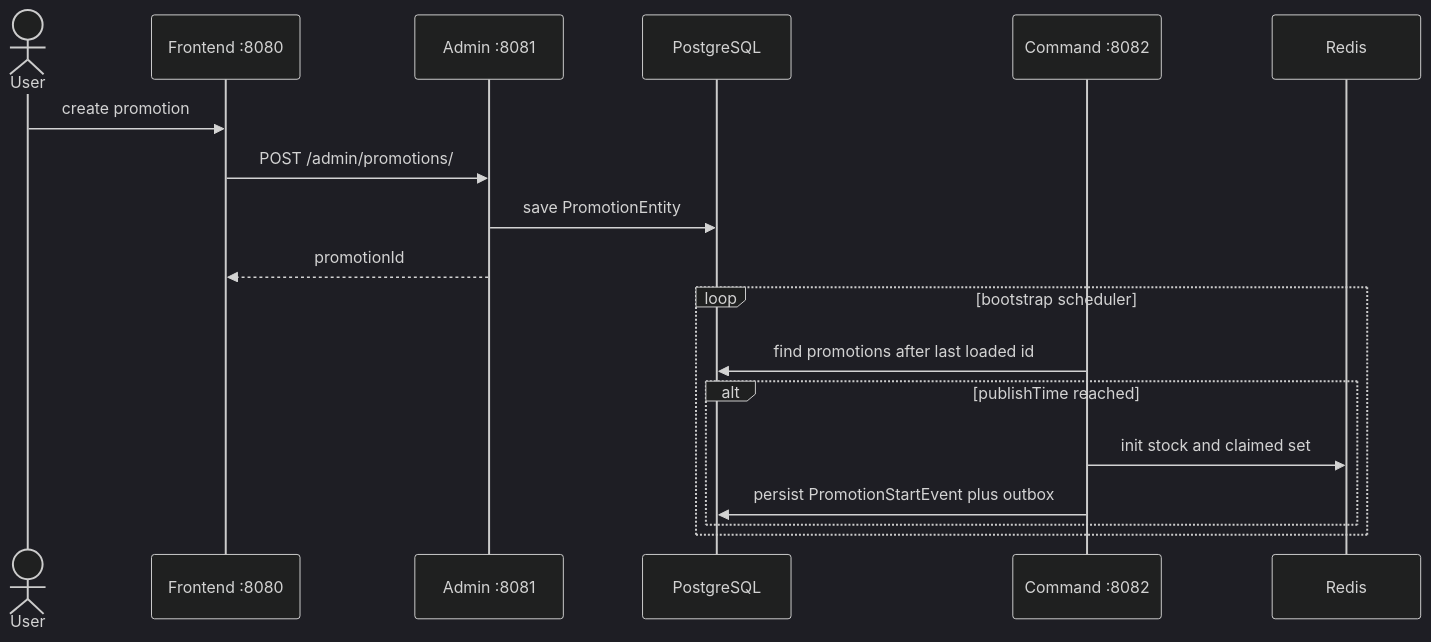
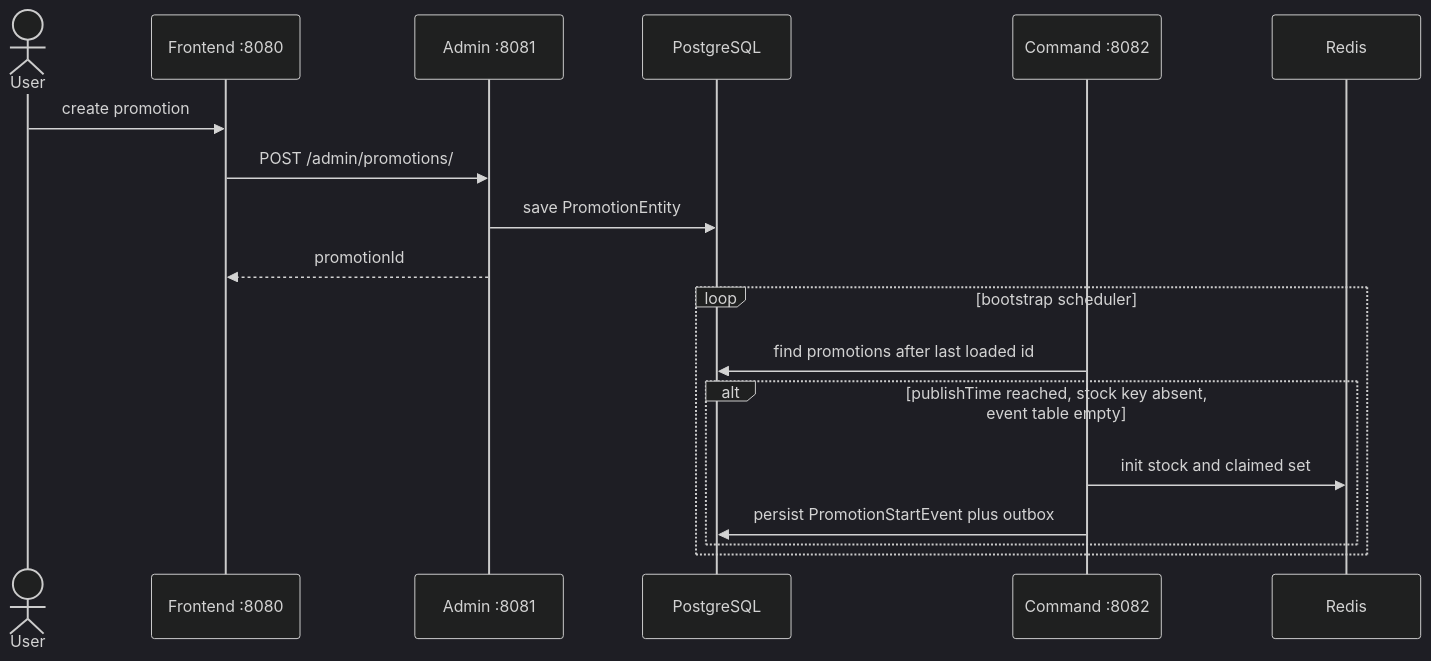
The second of 4 diagrams in README.md (fanqingsong/seckill), drawn with Mermaid (dark theme) before and after one commit. The commit also changed other lines of this file and 3 other files, not shown here.

First line of the commit message:
Document hot-path stock rebuild from the event table in the architecture.

````diff
--- a/README.md
+++ b/README.md
@@ -88,22 +90,22 @@
 ```mermaid
 sequenceDiagram
   actor User
   participant FE as Frontend :8080
   participant Admin as Admin :8081
   participant PG as PostgreSQL
   participant Cmd as Command :8082
   participant Redis as Redis
 
   User->>FE: create promotion
   FE->>Admin: POST /admin/promotions/
   Admin->>PG: save PromotionEntity
   Admin-->>FE: promotionId
 
   loop bootstrap scheduler
     Cmd->>PG: find promotions after last loaded id
-    alt publishTime reached
+    alt publishTime reached, stock key absent, event table empty
       Cmd->>Redis: init stock and claimed set
       Cmd->>PG: persist PromotionStartEvent plus outbox
     end
   end
 ```
````
